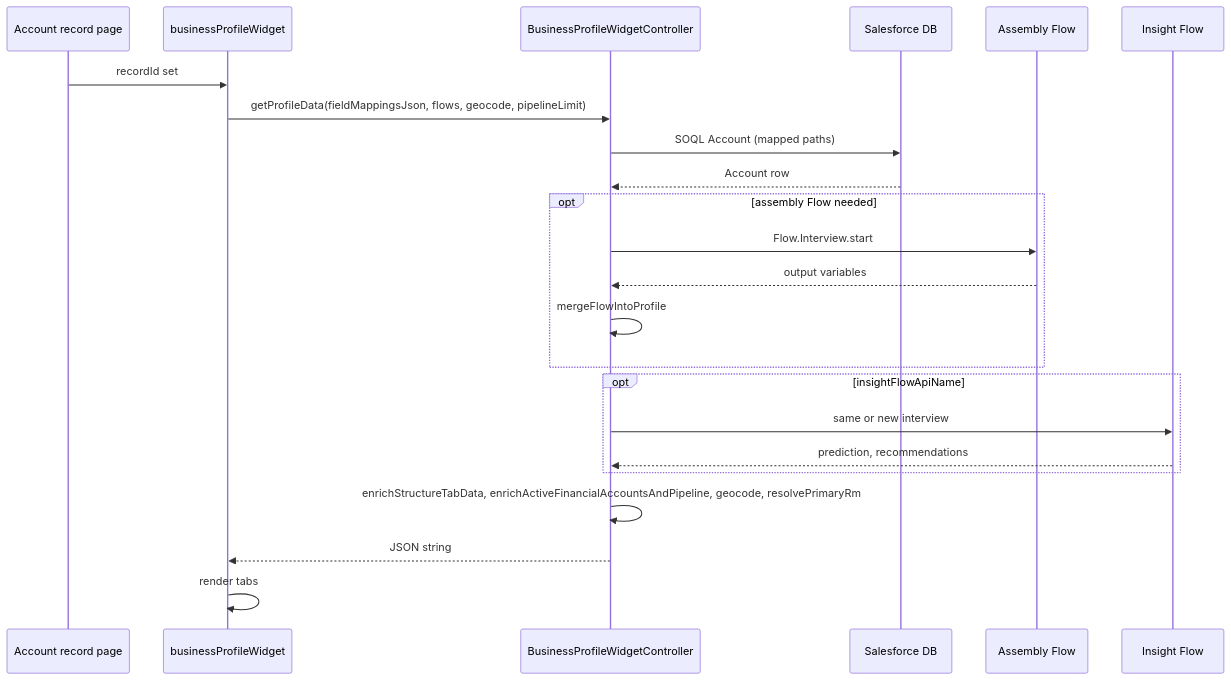
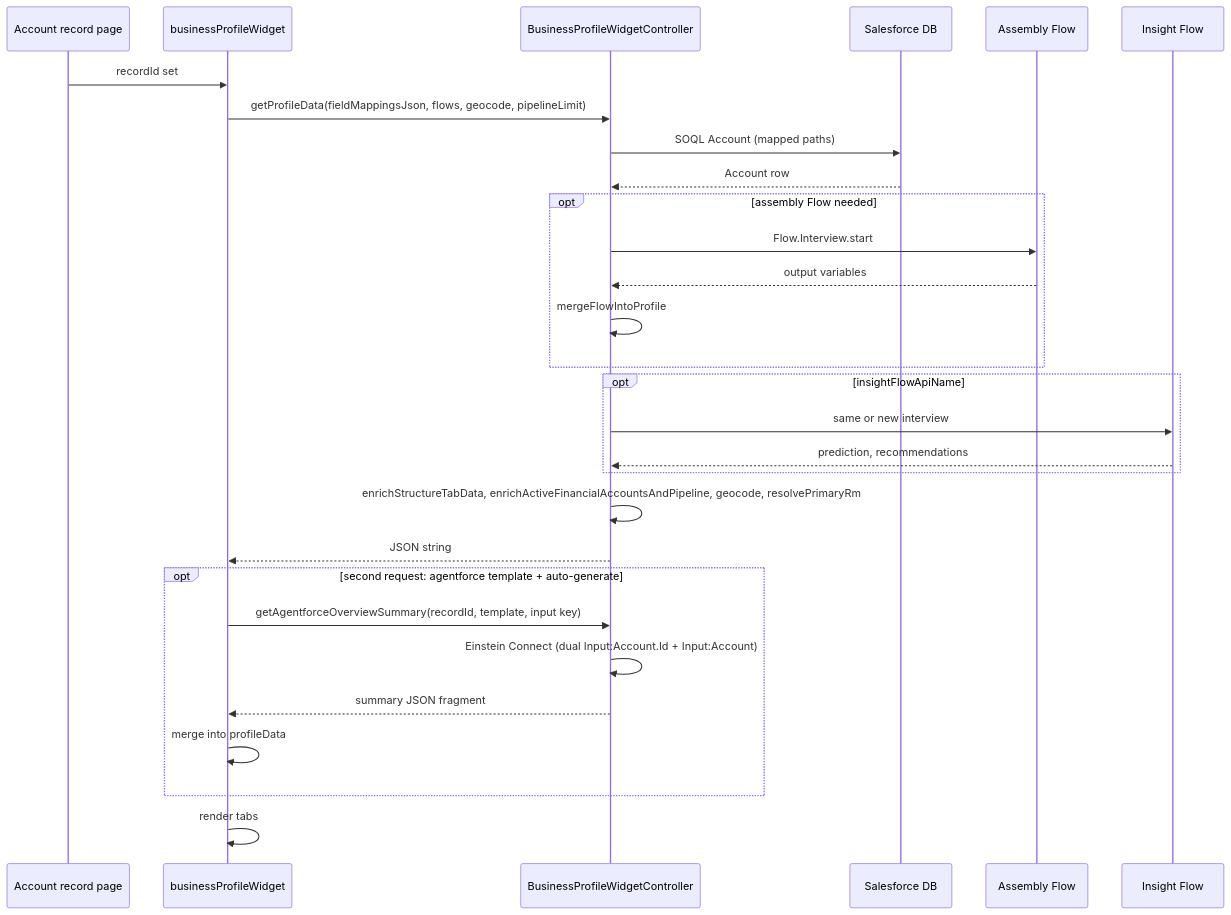
One commit to josers18/JDO changed the diagram in DC_BusinessProfileWidget/docs/ARCHITECTURE.md. Above: the diagram before and after it, drawn with Mermaid. The commit also changed other lines of this file and 16 other files, not shown here.

First line of the commit message:
Business Profile Widget: Einstein overview path, styling, and documentation

````diff
--- a/DC_BusinessProfileWidget/docs/ARCHITECTURE.md
+++ b/DC_BusinessProfileWidget/docs/ARCHITECTURE.md
@@ -32,26 +33,32 @@
 ```mermaid
 sequenceDiagram
     participant Page as Account record page
     participant LWC as businessProfileWidget
     participant Apex as BusinessProfileWidgetController
     participant DB as Salesforce DB
     participant Asm as Assembly Flow
     participant Pred as Insight Flow
 
     Page->>LWC: recordId set
     LWC->>Apex: getProfileData(fieldMappingsJson, flows, geocode, pipelineLimit)
     Apex->>DB: SOQL Account (mapped paths)
     DB-->>Apex: Account row
     opt assembly Flow needed
         Apex->>Asm: Flow.Interview.start
         Asm-->>Apex: output variables
         Apex->>Apex: mergeFlowIntoProfile
     end
     opt insightFlowApiName
         Apex->>Pred: same or new interview
         Pred-->>Apex: prediction, recommendations
     end
     Apex->>Apex: enrichStructureTabData, enrichActiveFinancialAccountsAndPipeline, geocode, resolvePrimaryRm
     Apex-->>LWC: JSON string
+    opt second request: agentforce template + auto-generate
+        LWC->>Apex: getAgentforceOverviewSummary(recordId, template, input key)
+        Apex->>Apex: Einstein Connect (dual Input:Account.Id + Input:Account)
+        Apex-->>LWC: summary JSON fragment
+        LWC->>LWC: merge into profileData
+    end
     LWC->>LWC: render tabs
 ```
````
